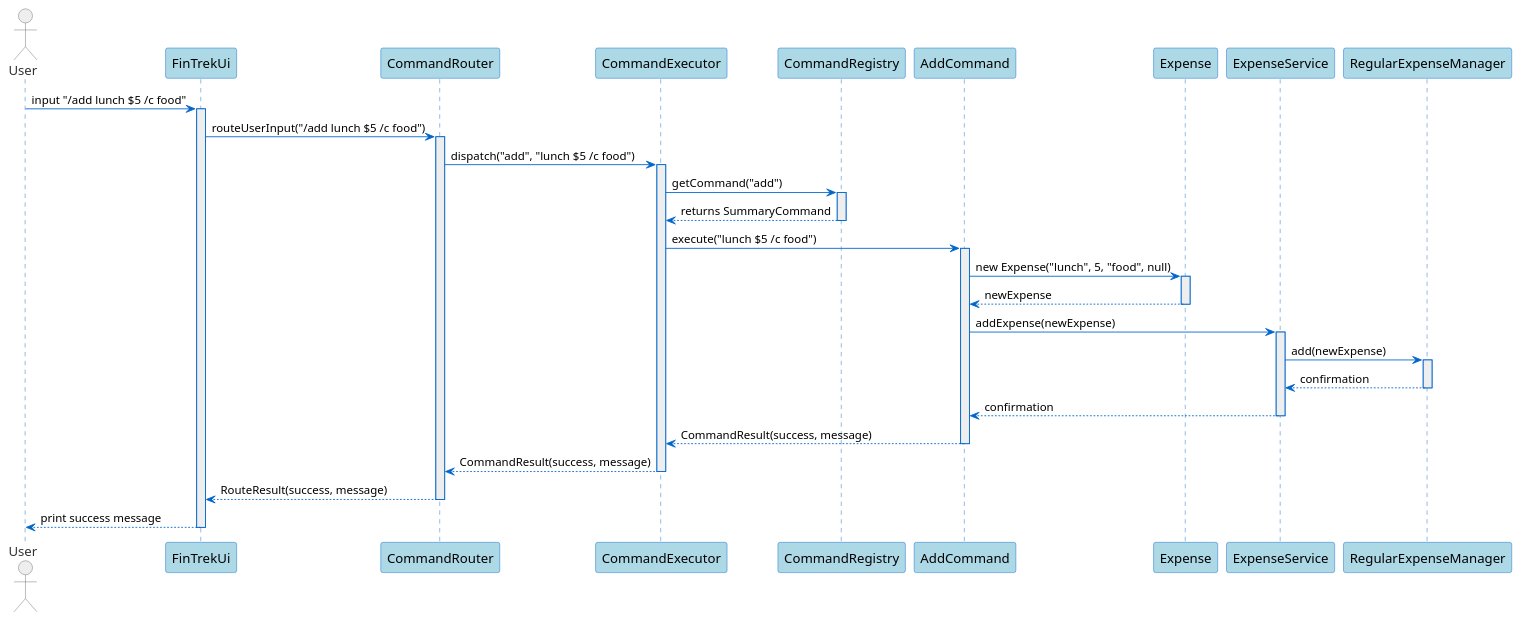
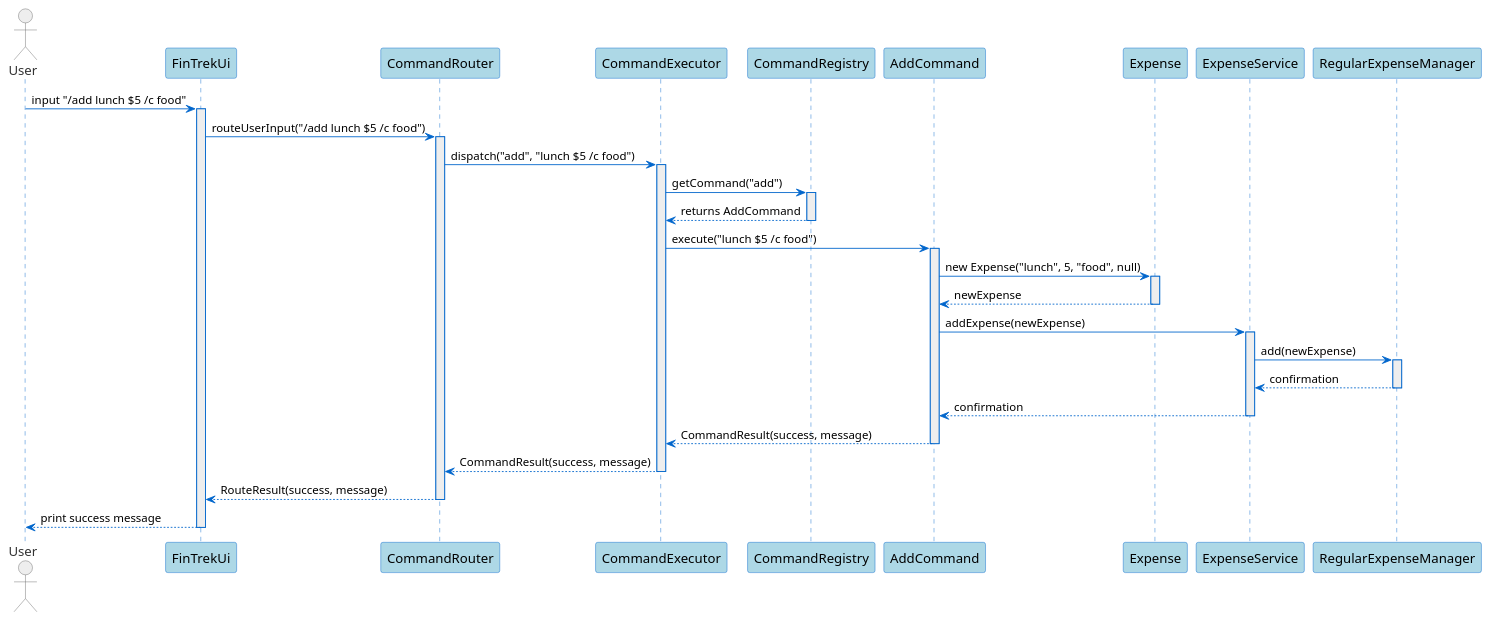
One commit to randust/tp changed the diagram in docs/diagrams/sequence/add.puml. Above: the diagram before and after it, drawn with PlantUML. The commit also changed 2 other files, not shown here.

```diff
--- a/docs/diagrams/sequence/add.puml
+++ b/docs/diagrams/sequence/add.puml
@@ -1,81 +1,81 @@
 @startuml
 skinparam sequence {
   ArrowColor #0066CC
   LifeLineBorderColor #0066CC
   LifeLineBackgroundColor #EEEEEE
 
   ParticipantBorderColor #0066CC
   ParticipantBackgroundColor #ADD8E6
   ParticipantFontColor #000000
   ParticipantFontSize 15
 
   ActorBorderColor #666666
   ActorBackgroundColor #EEEEEE
   ActorFontColor #333333
   ActorFontSize 15
 }
 
 skinparam note {
   BackgroundColor #FFE9B3
   BorderColor #E8C174
 }
 
 actor "User" as user
 participant "FinTrekUi" as FT
 participant "CommandRouter" as router
 participant "CommandExecutor" as executor
 participant "CommandRegistry" as registry
 participant "AddCommand" as AC
 participant "Expense" as expense
 participant "ExpenseService" as ES
 participant "RegularExpenseManager" as REM
 
 user -> FT: input "/add lunch $5 /c food"
 activate FT
 
 FT -> router: routeUserInput("/add lunch $5 /c food")
 activate router
 
 router -> executor: dispatch("add", "lunch $5 /c food")
 activate executor
 
 executor -> registry: getCommand("add")
 activate registry
 
-registry --> executor: returns SummaryCommand
+registry --> executor: returns AddCommand
 deactivate registry
 
 executor -> AC: execute("lunch $5 /c food")
 activate AC
 
 AC -> expense: new Expense("lunch", 5, "food", null)
 activate expense
 
 expense --> AC: newExpense
 deactivate expense
 
 AC -> ES: addExpense(newExpense)
 activate ES
 
 ES -> REM: add(newExpense)
 activate REM
 
 REM --> ES: confirmation
 deactivate REM
 
 ES --> AC: confirmation
 deactivate ES
 
 AC --> executor: CommandResult(success, message)
 deactivate AC
 
 executor --> router: CommandResult(success, message)
 deactivate executor
 
 router --> FT: RouteResult(success, message)
 deactivate router
 
 FT --> user: print success message
 deactivate FT
 
 @enduml
```
